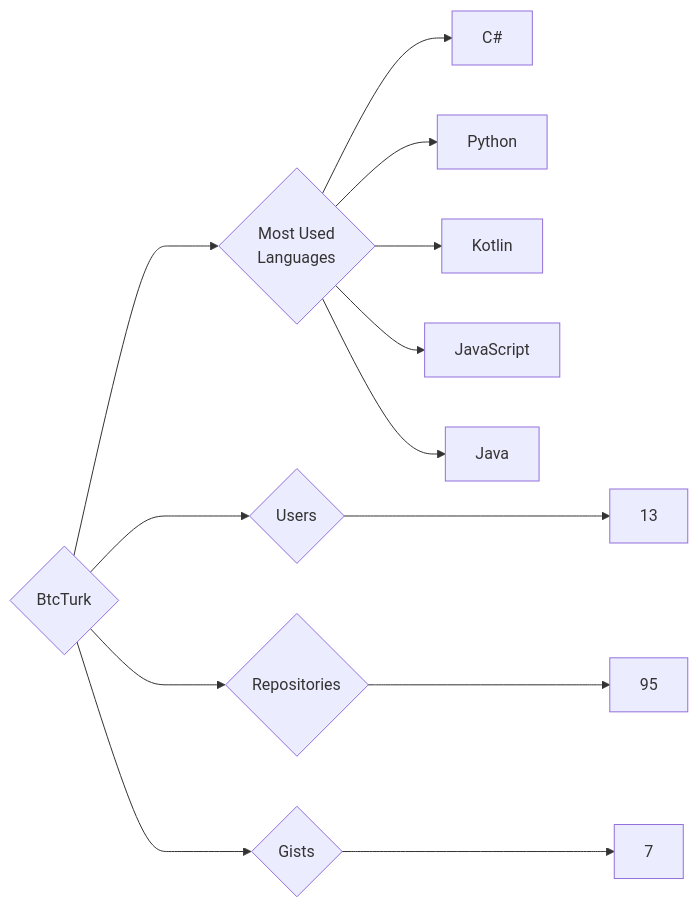
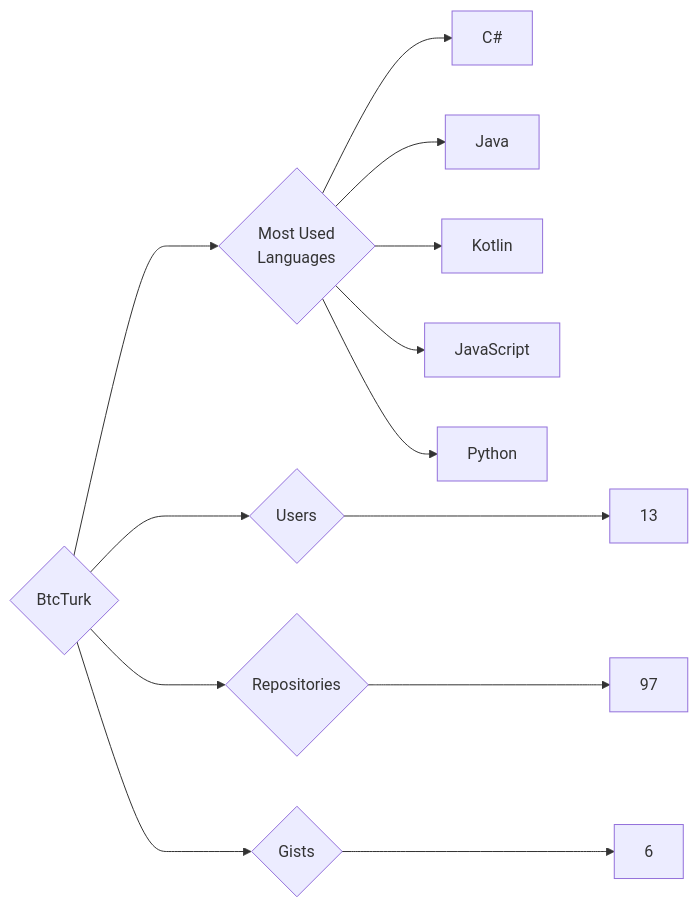
One commit to trickest/insiders changed the diagram in targets/BtcTurk/README.md. Above: the diagram before and after it, drawn with Mermaid. The commit also changed 721 other files, not shown here.

````diff
--- a/targets/BtcTurk/README.md
+++ b/targets/BtcTurk/README.md
@@ -3,13 +3,13 @@
 ```mermaid
 graph LR
 COMPANY_NAME{BtcTurk}
 COMPANY_NAME ---> U{Users} ---> UN[13]
-COMPANY_NAME ---> R{Repositories} ---> RN[95]
-COMPANY_NAME ---> G{Gists} ---> GN[7]
+COMPANY_NAME ---> R{Repositories} ---> RN[97]
+COMPANY_NAME ---> G{Gists} ---> GN[6]
 COMPANY_NAME ---> ML{Most Used<br>Languages}
 ML --> C#[C#]
-ML --> Python[Python]
+ML --> Java[Java]
 ML --> Kotlin[Kotlin]
 ML --> JavaScript[JavaScript]
-ML --> Java[Java]
+ML --> Python[Python]
 ```
````
